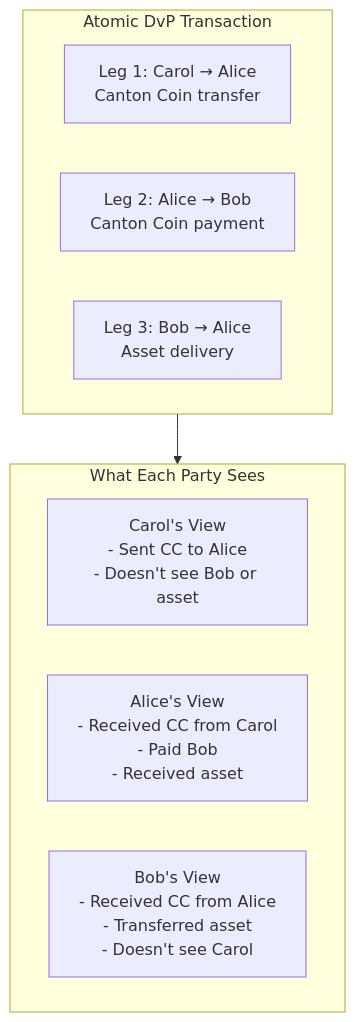
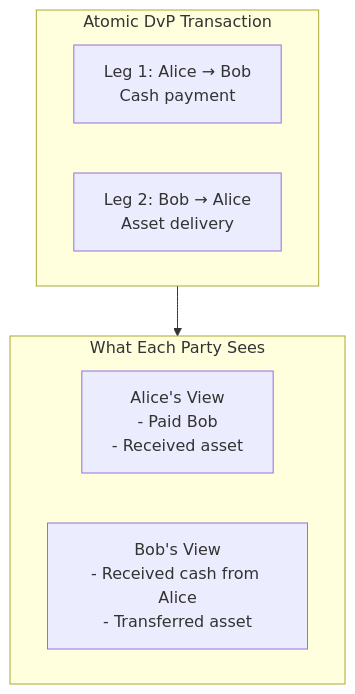
Before and after one commit to canton-network/cf-docs: the first of 3 diagrams in docs-main/overview/understand/use-cases.mdx, drawn with Mermaid. The commit also changed other lines of this file, not shown here.

````diff
--- a/docs-main/overview/understand/use-cases.mdx
+++ b/docs-main/overview/understand/use-cases.mdx
@@ -36,17 +35,15 @@
 ```mermaid
 flowchart TB
     subgraph TX[Atomic DvP Transaction]
         direction LR
-        L1[Leg 1: Carol → Alice<br>Canton Coin transfer]
-        L2[Leg 2: Alice → Bob<br>Canton Coin payment]
-        L3[Leg 3: Bob → Alice<br>Asset delivery]
+        L1[Leg 1: Alice → Bob<br>Cash payment]
+        L2[Leg 2: Bob → Alice<br>Asset delivery]
     end
 
     subgraph Views[What Each Party Sees]
-        VC[Carol's View<br>- Sent CC to Alice<br>- Doesn't see Bob or asset]
-        VA[Alice's View<br>- Received CC from Carol<br>- Paid Bob<br>- Received asset]
-        VB[Bob's View<br>- Received CC from Alice<br>- Transferred asset<br>- Doesn't see Carol]
+        VA[Alice's View<br>- Paid Bob<br>- Received asset]
+        VB[Bob's View<br>- Received cash from Alice<br>- Transferred asset]
     end
 
     TX --> Views
 ```
````
